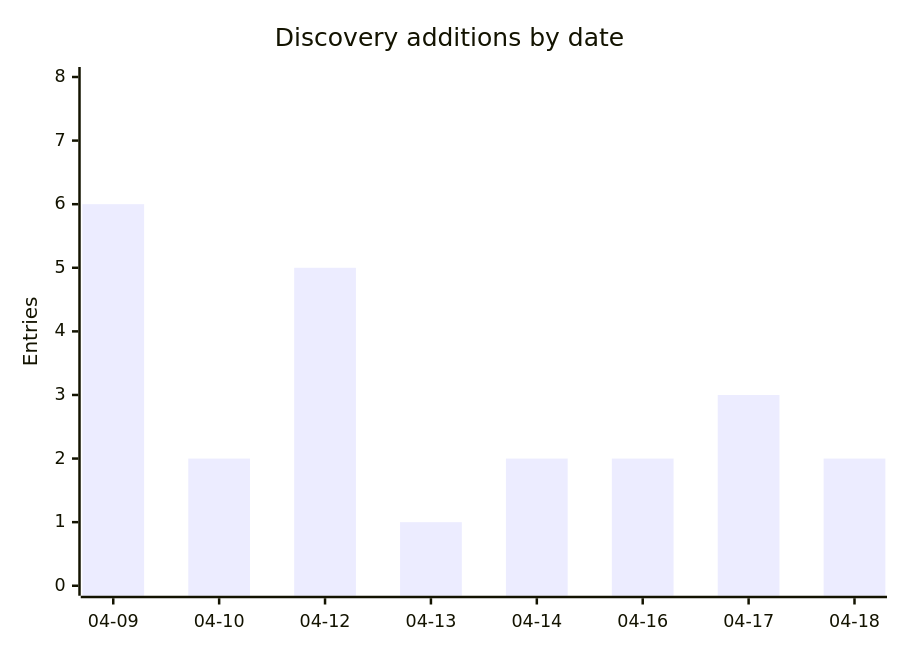
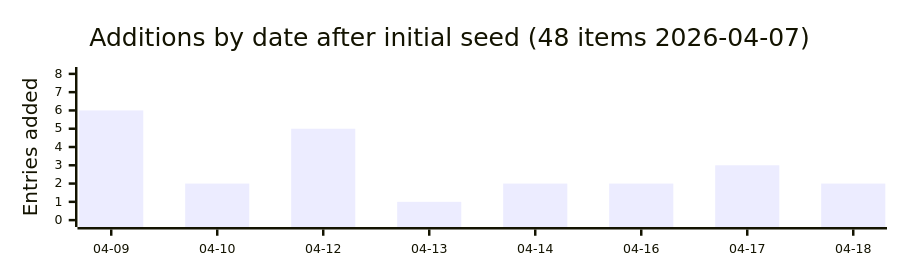
Before and after one commit to msyvr/awesome-agent-sandboxes: the diagram in README.md, drawn with Mermaid. The commit also changed other lines of this file and 1 other file, not shown here.

Commit message:
move additions chart to very top of README, compact it
- Chart is now the first thing in the README (before the title)
- No section heading or description text — chart title contains
  seed info: "Additions by date after initial seed (48 items ...)"
- Height halved to 200px via Mermaid config
- Smaller axis font sizes (10px)
- Removed from generate_part2 — generated separately in main()

Note: navigation controls and axis label clipping are GitHub's
Mermaid renderer behavior, not controllable from markdown source.

````diff
--- a/README.md
+++ b/README.md
@@ -278,7 +2,17 @@
 ```mermaid
+---
+config:
+    xyChart:
+        height: 200
+        width: 700
+        xAxis:
+            labelFontSize: 10
+        yAxis:
+            labelFontSize: 10
+---
 xychart-beta
-    title "Discovery additions by date"
+    title "Additions by date after initial seed (48 items 2026-04-07)"
     x-axis ["04-09", "04-10", "04-12", "04-13", "04-14", "04-16", "04-17", "04-18"]
-    y-axis "Entries" 0 --> 8
+    y-axis "Entries added" 0 --> 8
     bar [6, 2, 5, 1, 2, 2, 3, 2]
 ```
````
